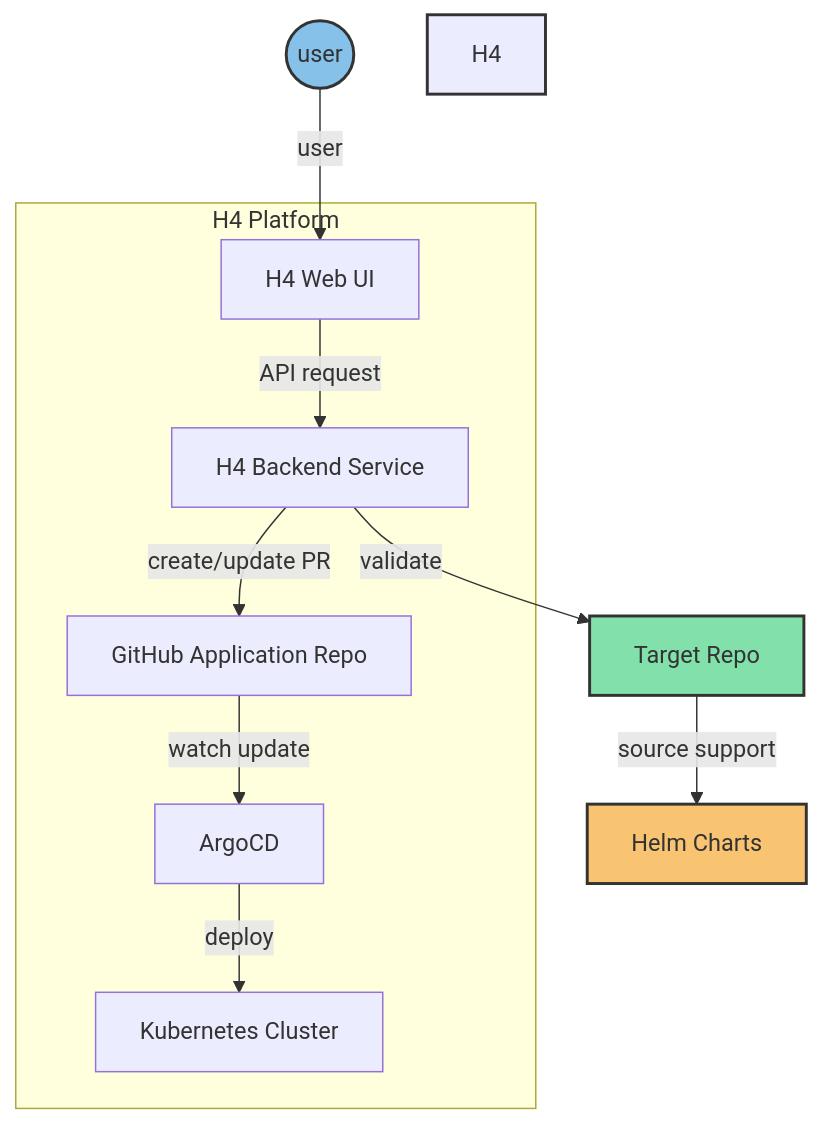
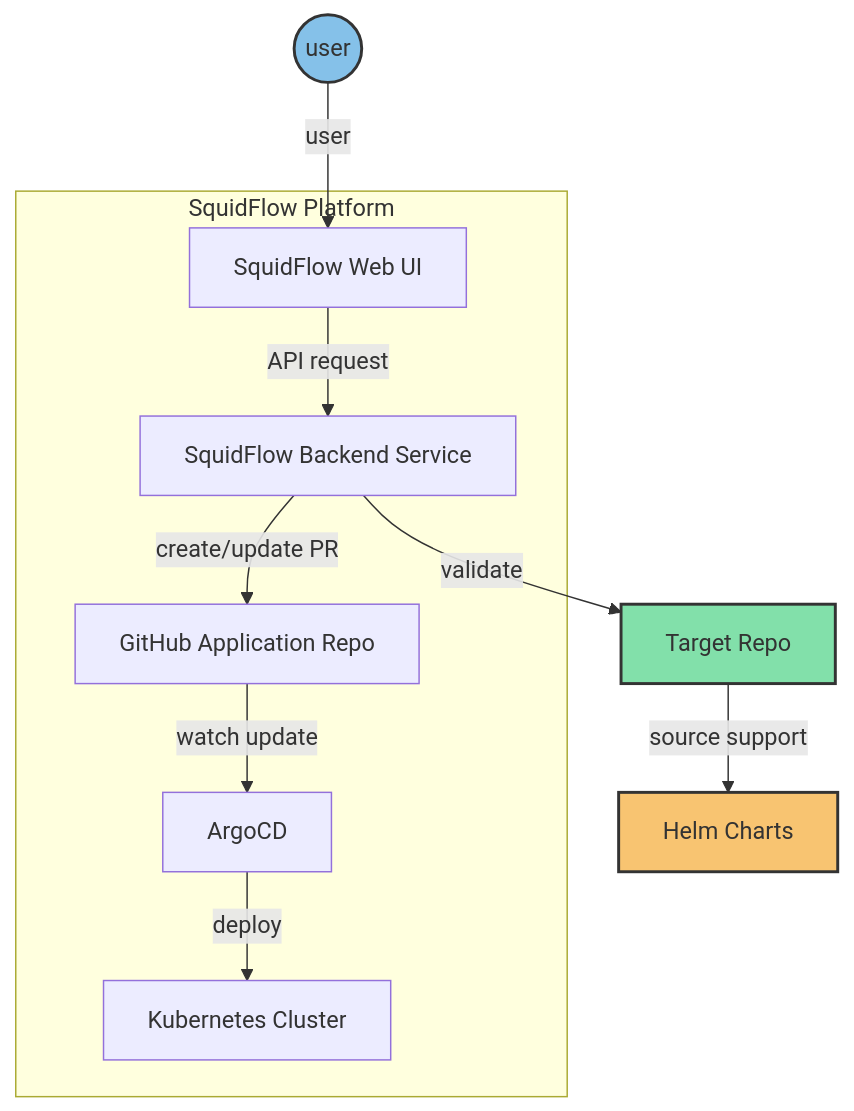
One commit to SquidFlow/service changed the diagram in README.md. Above: the diagram before and after it, drawn with Mermaid. The commit also changed other lines of this file and 75 other files, not shown here.

````diff
--- a/README.md
+++ b/README.md
@@ -60,21 +44,20 @@
 ```mermaid
 graph TD
-User((user)) --> |user| H4UI[H4 Web UI]
-H4UI --> |API request| H4Backend[H4 Backend Service]
-H4Backend --> |create/update PR| GitHubRepo[GitHub Application Repo]
+User((user)) --> |user| SquidFlowUI[SquidFlow Web UI]
+SquidFlowUI --> |API request| SquidFlowBackend[SquidFlow Backend Service]
+SquidFlowBackend --> |create/update PR| GitHubRepo[GitHub Application Repo]
 GitHubRepo --> |watch update| ArgoCD[ArgoCD]
 ArgoCD --> |deploy| K8s[Kubernetes Cluster]
-H4Backend --> |validate| TargetRepo[Target Repo]
+SquidFlowBackend --> |validate| TargetRepo[Target Repo]
 TargetRepo --> |source support| Helm[Helm Charts]
-subgraph H4 Platform
-H4UI
-H4Backend
+subgraph SquidFlow Platform
+SquidFlowUI
+SquidFlowBackend
 GitHubRepo
 ArgoCD
 K8s
 end
-style H4 Platform fill:#f0f0f0,stroke:#333,stroke-width:2px
 style User fill:#85C1E9,stroke:#333,stroke-width:2px
 style TargetRepo fill:#82E0AA,stroke:#333,stroke-width:2px
 style Helm fill:#F8C471,stroke:#333,stroke-width:2px
 ```
````
